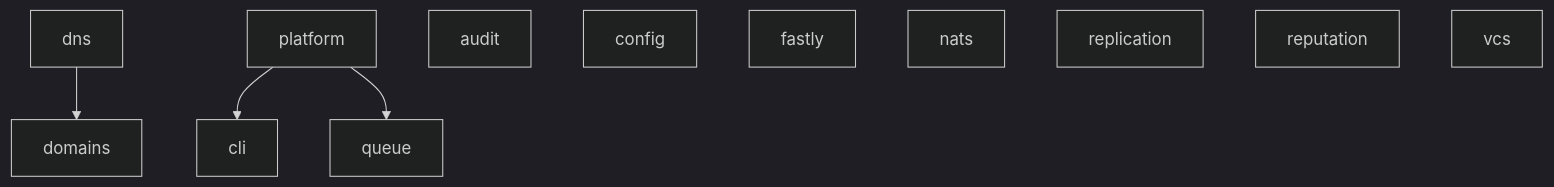
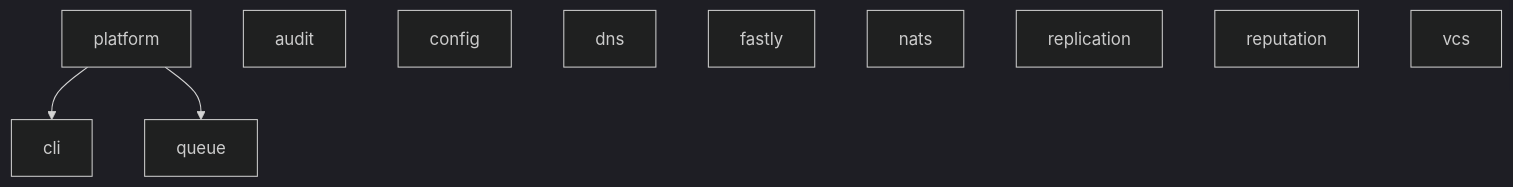
The diagram in README.md (utopia-php/monorepo), drawn with Mermaid (dark theme) before and after one commit. The commit also changed other lines of this file and 45 other files, not shown here.

````diff
--- a/README.md
+++ b/README.md
@@ -52,13 +52,13 @@
 ```mermaid
 graph TD
-    dns --> domains
     platform --> cli
     platform --> queue
     audit
     config
+    dns
     fastly
     nats
     replication
     reputation
     vcs
 ```
````
